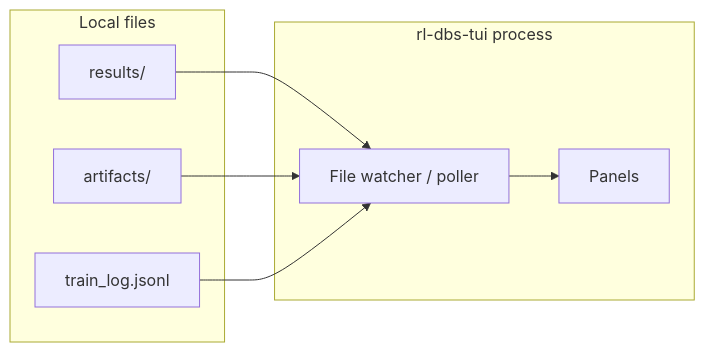
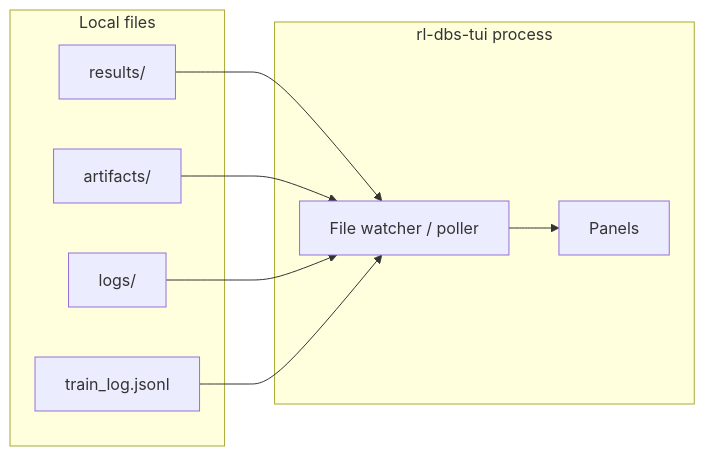
Before and after one commit to nynxlabs/rl-adaptive-dbs: the diagram in docs/tui.md, drawn with Mermaid. The commit also changed other lines of this file and 9 other files, not shown here.

````diff
--- a/docs/tui.md
+++ b/docs/tui.md
@@ -52,16 +53,18 @@
 ```mermaid
 flowchart LR
   subgraph disk [Local files]
     R[results/]
     A[artifacts/]
+    LG[logs/]
     L[train_log.jsonl]
   end
   subgraph tui [rl-dbs-tui process]
     W[File watcher / poller]
     P[Panels]
   end
   R --> W
   A --> W
+  LG --> W
   L --> W
   W --> P
 ```
````
